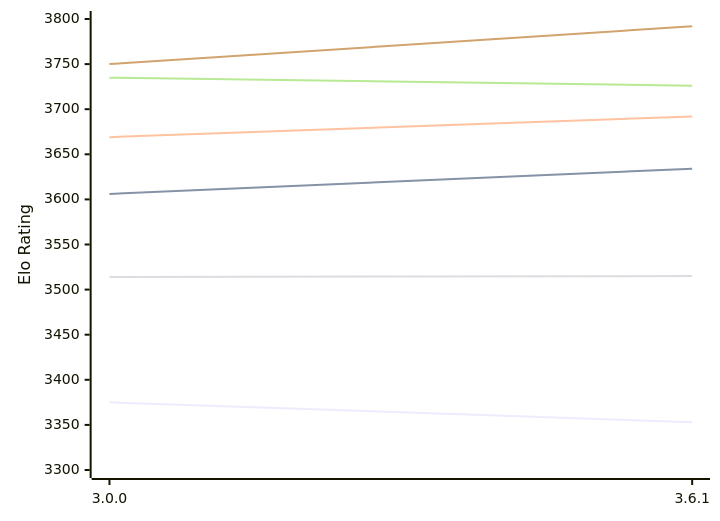
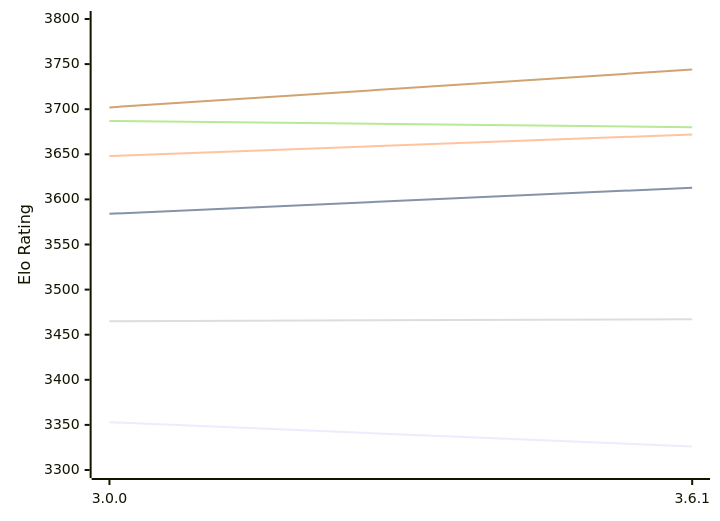
One commit to computer-chess-index/cci changed the diagram in engines/Peras.md. Above: the diagram before and after it, drawn with Mermaid. The commit also changed other lines of this file, not shown here.

Commit message:
Update CCI Ratings (ELO VLTC) - 2026-11-08

````diff
--- a/engines/Peras.md
+++ b/engines/Peras.md
@@ -49,12 +49,12 @@
 ```mermaid
 %%{init: {"theme":"base","themeVariables":{"seriesColors:['#a3a3a3','#222221','#faa371']}}}%%
 xychart-beta
   x-axis ["3.0.0", "3.6.1"]
   y-axis "Elo Rating" 3300 --> 3800
-  line "E1: STC (8.0+0.08s)" [3375, 3353]
-  line "E1: LTC (60.0+0.60s)" [3606, 3634]
-  line "E1: VLTC (2m24s+1.12s)" [3669, 3692]
-  line "P1: STC (8.0+0.08s)" [3514, 3515]
-  line "P1: LTC (60.0+0.60s)" [3735, 3726]
-  line "P1: VLTC (2m24s+1.12s)" [3750, 3792]
+  line "E1: STC (8.0+0.08s)" [3353, 3326]
+  line "E1: LTC (60.0+0.60s)" [3584, 3613]
+  line "E1: VLTC (2m24s+1.12s)" [3648, 3672]
+  line "P1: STC (8.0+0.08s)" [3465, 3467]
+  line "P1: LTC (60.0+0.60s)" [3687, 3680]
+  line "P1: VLTC (2m24s+1.12s)" [3702, 3744]
 ```
````
